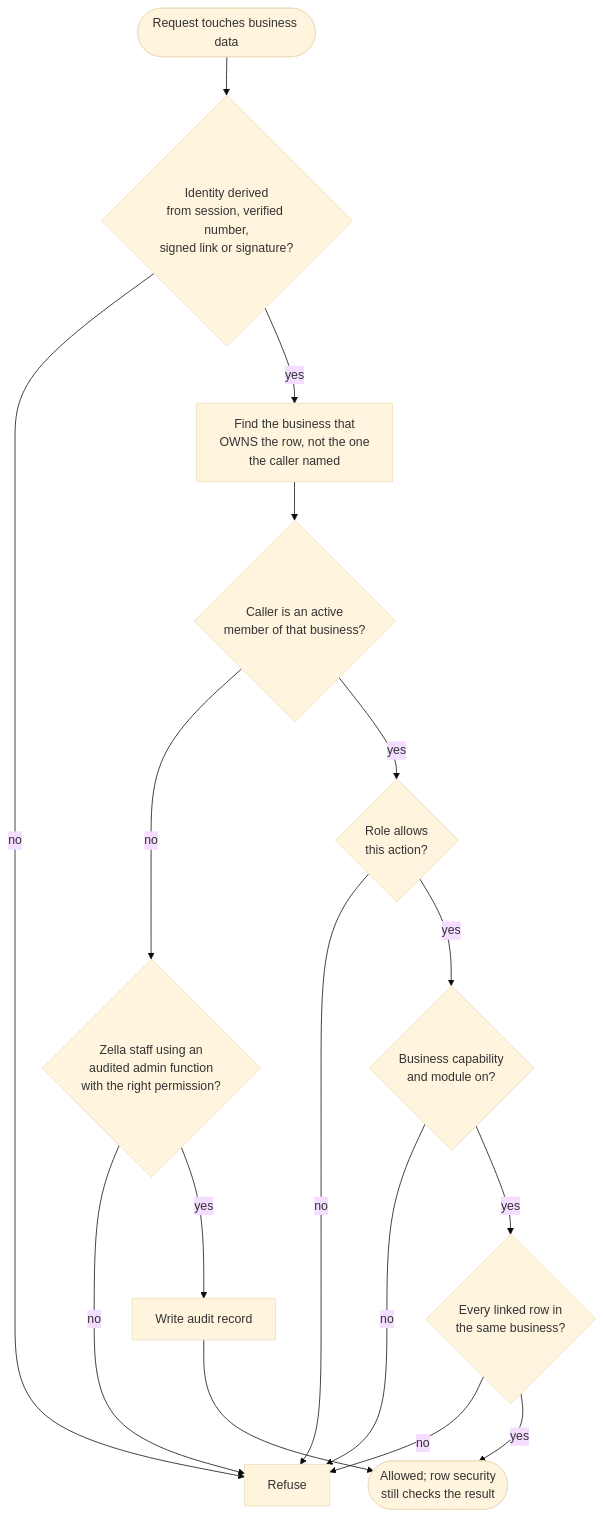
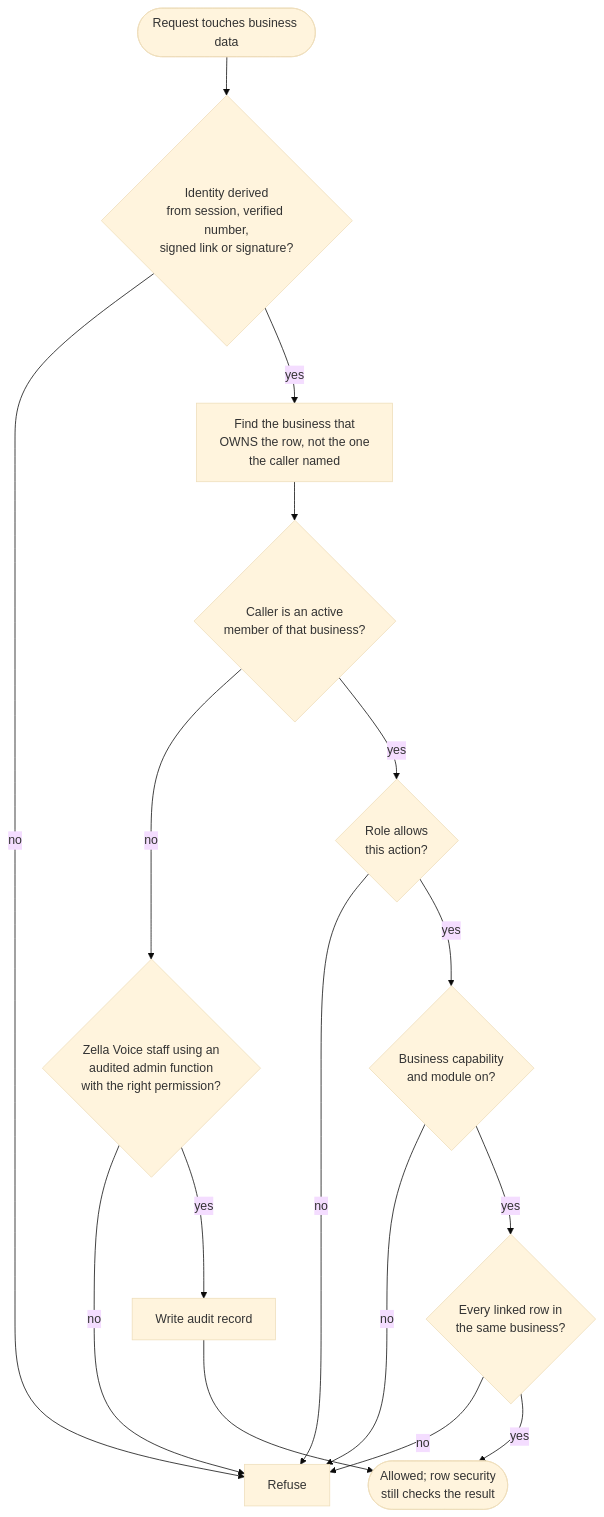
Before and after one commit to singhdhruv525-source/Zella-AI: the fifth of 15 diagrams in ZELLA_VOICE_RULES.md, drawn with Mermaid (base theme). The commit also changed other lines of this file and 2 other files, not shown here.

First line of the commit message:
Rulebook completed to match the architecture

````diff
--- a/ZELLA_VOICE_RULES.md
+++ b/ZELLA_VOICE_RULES.md
@@ -205,17 +210,17 @@
 ```mermaid
 flowchart TD
   r([Request touches business data]) --> id{Identity derived<br/>from session, verified number,<br/>signed link or signature?}
   id -- no --> x[Refuse]
   id -- yes --> row[Find the business that<br/>OWNS the row, not the one<br/>the caller named]
   row --> mem{Caller is an active<br/>member of that business?}
-  mem -- no --> adm{Zella staff using an<br/>audited admin function<br/>with the right permission?}
+  mem -- no --> adm{Zella Voice staff using an<br/>audited admin function<br/>with the right permission?}
   adm -- no --> x
   adm -- yes --> audit[Write audit record] --> ok
   mem -- yes --> role{Role allows<br/>this action?}
   role -- no --> x
   role -- yes --> cap{Business capability<br/>and module on?}
   cap -- no --> x
   cap -- yes --> link{Every linked row in<br/>the same business?}
   link -- no --> x
   link -- yes --> ok([Allowed; row security<br/>still checks the result])
 ```
````
